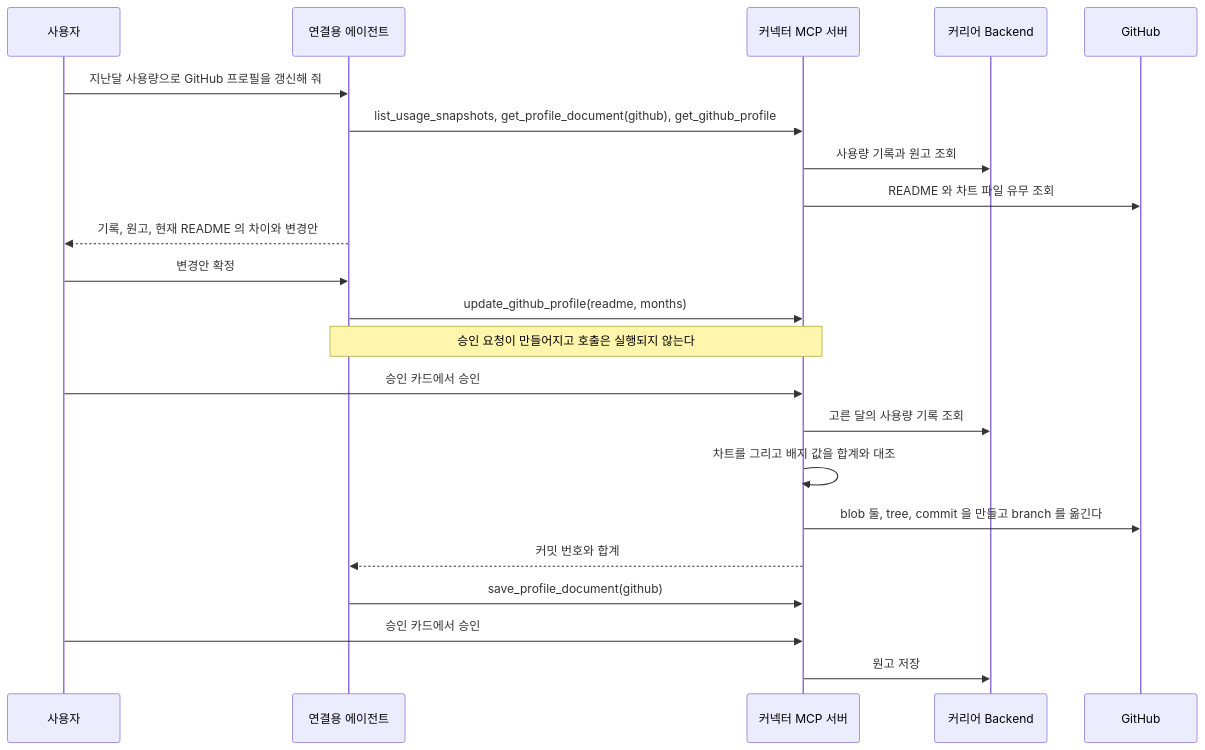
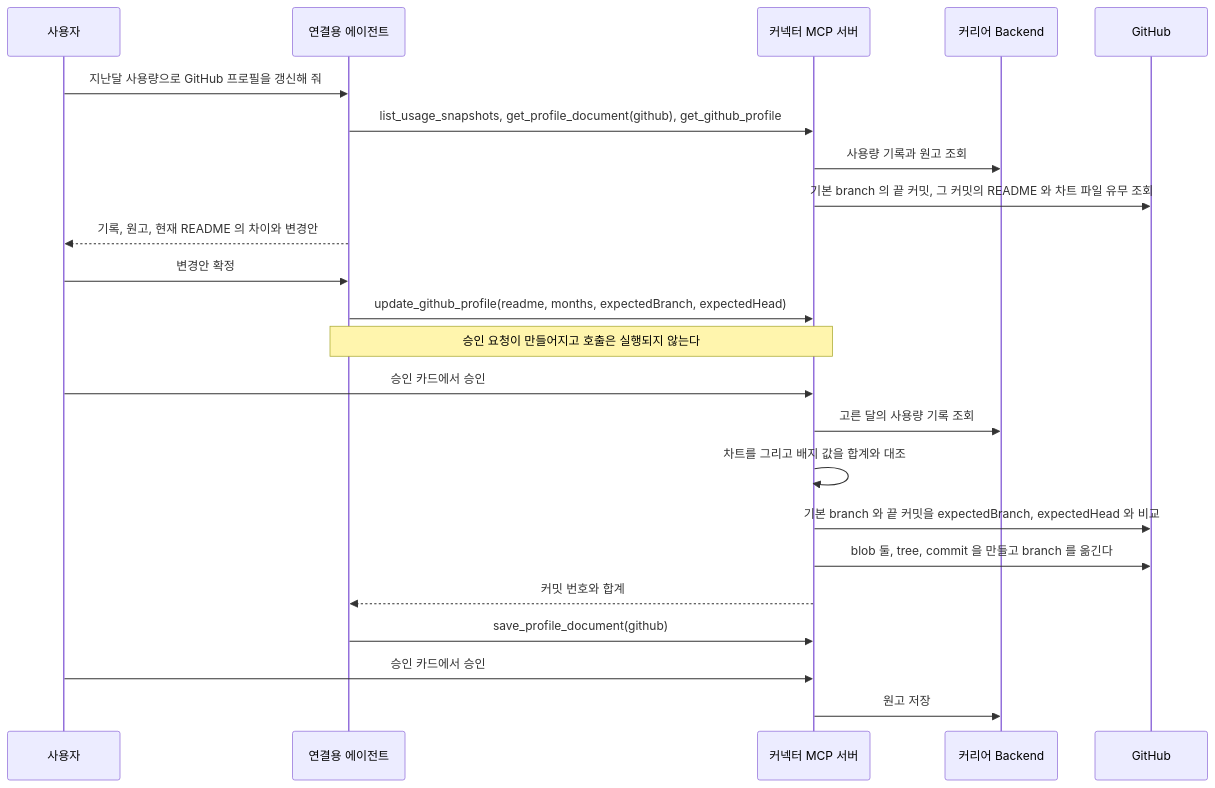
Before and after one commit to jon890/fos-agents: the eighth of 9 diagrams in career-os/docs/flow.md, drawn with Mermaid. The commit also changed other lines of this file and 1 other file, not shown here.

Commit message:
docs(career-os): GitHub 프로필 갱신 흐름과 커넥터 스킬에 검토 기준을 넘기는 단계와 거절 시 다시 읽는 절차를 적는다
Refs #144

````diff
--- a/career-os/docs/flow.md
+++ b/career-os/docs/flow.md
@@ -756,24 +756,25 @@
 ```mermaid
 sequenceDiagram
     participant U as 사용자
     participant M as 연결용 에이전트
     participant C as 커넥터 MCP 서버
     participant B as 커리어 Backend
     participant G as GitHub
     U->>M: 지난달 사용량으로 GitHub 프로필을 갱신해 줘
     M->>C: list_usage_snapshots, get_profile_document(github), get_github_profile
     C->>B: 사용량 기록과 원고 조회
-    C->>G: README 와 차트 파일 유무 조회
+    C->>G: 기본 branch 의 끝 커밋, 그 커밋의 README 와 차트 파일 유무 조회
     M-->>U: 기록, 원고, 현재 README 의 차이와 변경안
     U->>M: 변경안 확정
-    M->>C: update_github_profile(readme, months)
+    M->>C: update_github_profile(readme, months, expectedBranch, expectedHead)
     Note over M,C: 승인 요청이 만들어지고 호출은 실행되지 않는다
     U->>C: 승인 카드에서 승인
     C->>B: 고른 달의 사용량 기록 조회
     C->>C: 차트를 그리고 배지 값을 합계와 대조
+    C->>G: 기본 branch 와 끝 커밋을 expectedBranch, expectedHead 와 비교
     C->>G: blob 둘, tree, commit 을 만들고 branch 를 옮긴다
     C-->>M: 커밋 번호와 합계
     M->>C: save_profile_document(github)
     U->>C: 승인 카드에서 승인
     C->>B: 원고 저장
 ```
````
